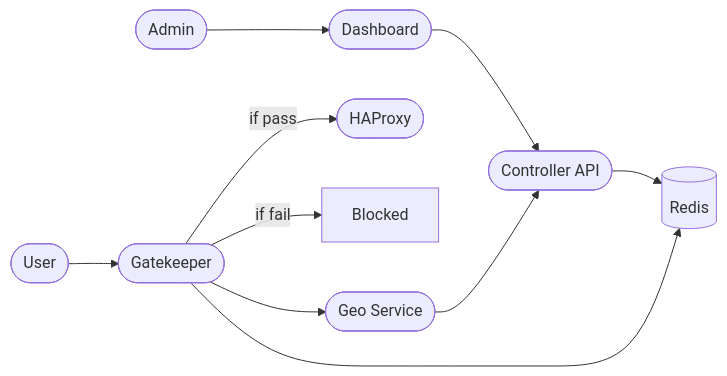
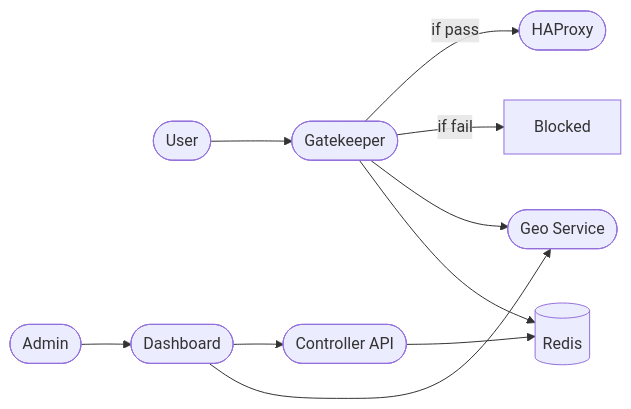
The diagram in README.md (mehrdadrfe/alak-stack), drawn with Mermaid before and after one commit. The commit also changed other lines of this file, not shown here.

````diff
--- a/README.md
+++ b/README.md
@@ -9,21 +9,21 @@
 ```mermaid
 flowchart LR
     user([User])
     admin([Admin])
     dashboard([Dashboard])
     gk([Gatekeeper])
     geo([Geo Service])
     controller([Controller API])
     redis[(Redis)]
     haproxy([HAProxy])
 
     user --> gk
     gk -- if pass --> haproxy
     gk -- if fail --> X[Blocked]
     gk --> geo
     gk --> redis
     dashboard --> controller
+    dashboard --> geo
     admin --> dashboard
     controller --> redis
-    geo --> controller
 ```
````
